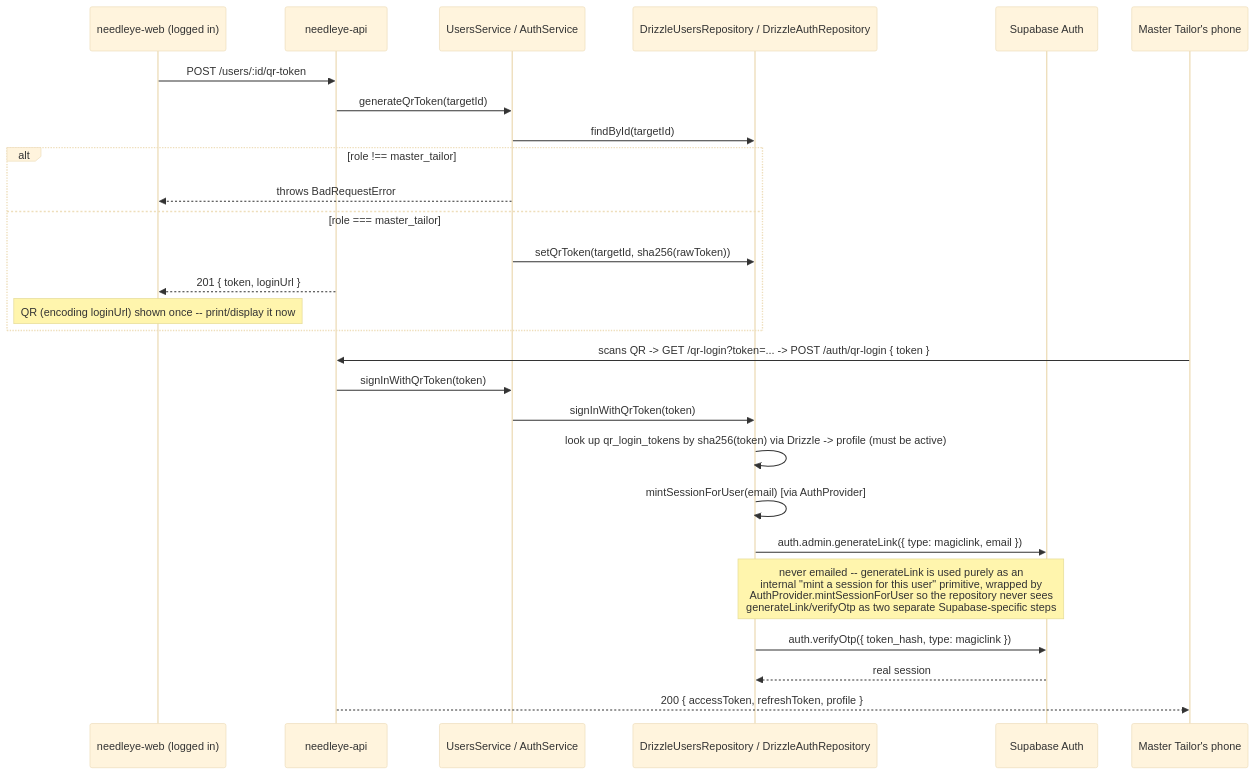
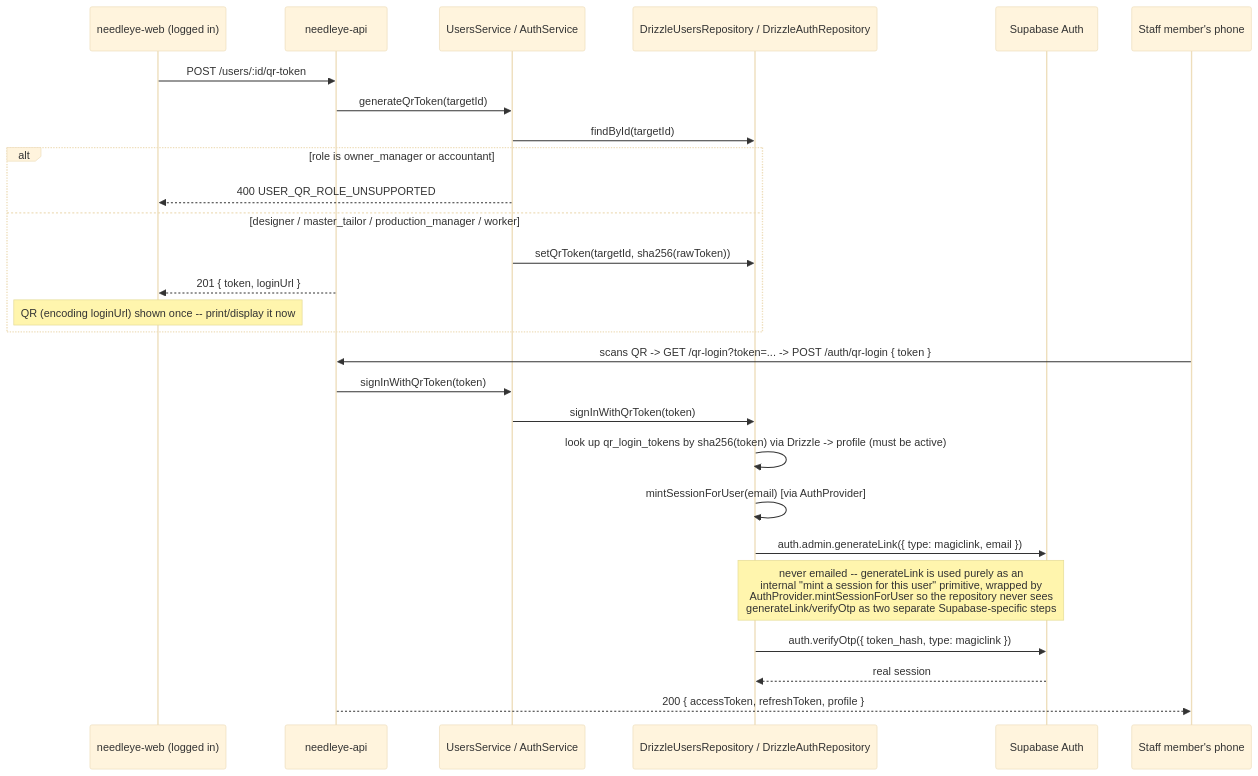
One commit to adityapandey-102/needleye-api changed the seventh of 12 diagrams in README.md. Above: the diagram before and after it, drawn with Mermaid (base theme). The commit also changed other lines of this file and 60 other files, not shown here.

````diff
--- a/README.md
+++ b/README.md
@@ -906,31 +1097,31 @@
 ```mermaid
 sequenceDiagram
     participant Owner as needleye-web (logged in)
     participant API as needleye-api
     participant Svc as UsersService / AuthService
     participant Repo as DrizzleUsersRepository / DrizzleAuthRepository
     participant SB as Supabase Auth
-    participant Master as Master Tailor's phone
+    participant Master as Staff member's phone
 
     Owner->>API: POST /users/:id/qr-token
     API->>Svc: generateQrToken(targetId)
     Svc->>Repo: findById(targetId)
-    alt role !== master_tailor
-        Svc-->>Owner: throws BadRequestError
-    else role === master_tailor
+    alt role is owner_manager or accountant
+        Svc-->>Owner: 400 USER_QR_ROLE_UNSUPPORTED
+    else designer / master_tailor / production_manager / worker
         Svc->>Repo: setQrToken(targetId, sha256(rawToken))
         API-->>Owner: 201 { token, loginUrl }
         Note over Owner: QR (encoding loginUrl) shown once -- print/display it now
     end
 
     Master->>API: scans QR -> GET /qr-login?token=... -> POST /auth/qr-login { token }
     API->>Svc: signInWithQrToken(token)
     Svc->>Repo: signInWithQrToken(token)
     Repo->>Repo: look up qr_login_tokens by sha256(token) via Drizzle -> profile (must be active)
     Repo->>Repo: mintSessionForUser(email) [via AuthProvider]
     Repo->>SB: auth.admin.generateLink({ type: magiclink, email })
     Note over Repo,SB: never emailed -- generateLink is used purely as an<br/>internal "mint a session for this user" primitive, wrapped by<br/>AuthProvider.mintSessionForUser so the repository never sees<br/>generateLink/verifyOtp as two separate Supabase-specific steps
     Repo->>SB: auth.verifyOtp({ token_hash, type: magiclink })
     SB-->>Repo: real session
     API-->>Master: 200 { accessToken, refreshToken, profile }
 ```
````
